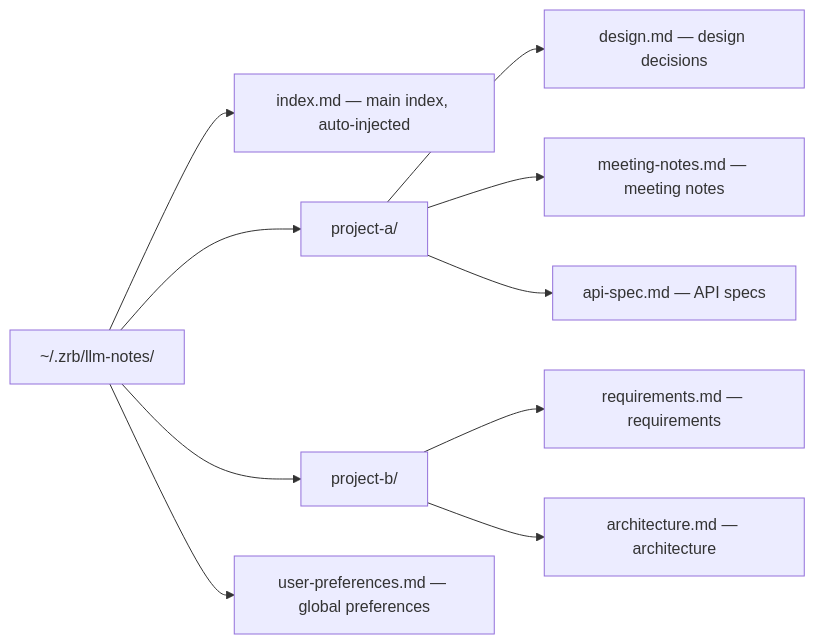
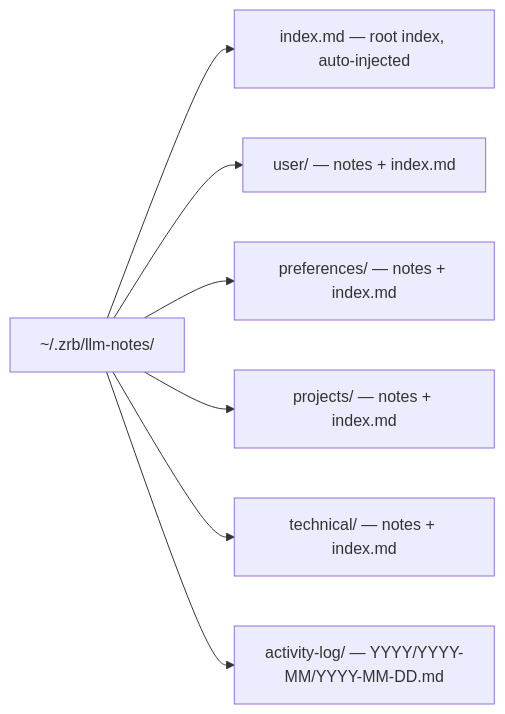
One commit to state-alchemists/zrb changed the diagram in docs/technical-specs/llm-context.md. Above: the diagram before and after it, drawn with Mermaid. The commit also changed other lines of this file and 97 other files, not shown here.

````diff
--- a/docs/technical-specs/llm-context.md
+++ b/docs/technical-specs/llm-context.md
@@ -45,12 +47,9 @@
 ```mermaid
 flowchart LR
-    Root["~/.zrb/llm-notes/"] --> Index["index.md — main index, auto-injected"]
-    Root --> PA["project-a/"]
-    Root --> PB["project-b/"]
-    Root --> Prefs["user-preferences.md — global preferences"]
-    PA --> PAD["design.md — design decisions"]
-    PA --> PAM["meeting-notes.md — meeting notes"]
-    PA --> PAA["api-spec.md — API specs"]
-    PB --> PBR["requirements.md — requirements"]
-    PB --> PBA["architecture.md — architecture"]
+    Root["~/.zrb/llm-notes/"] --> Index["index.md — root index, auto-injected"]
+    Root --> U["user/ — notes + index.md"]
+    Root --> P["preferences/ — notes + index.md"]
+    Root --> PR["projects/ — notes + index.md"]
+    Root --> T["technical/ — notes + index.md"]
+    Root --> A["activity-log/ — YYYY/YYYY-MM/YYYY-MM-DD.md"]
 ```
````
